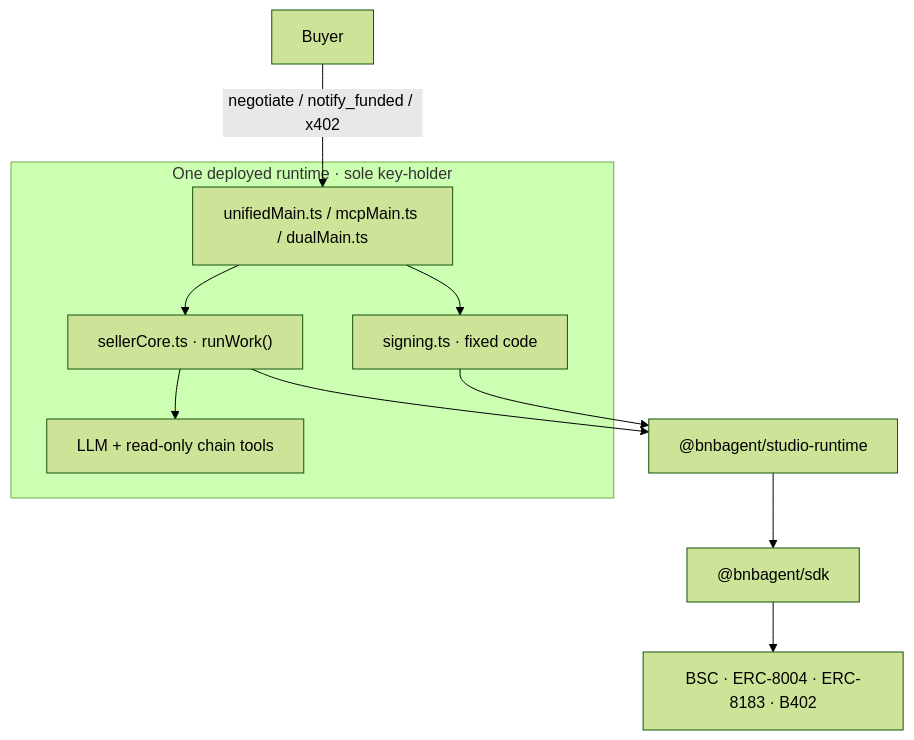
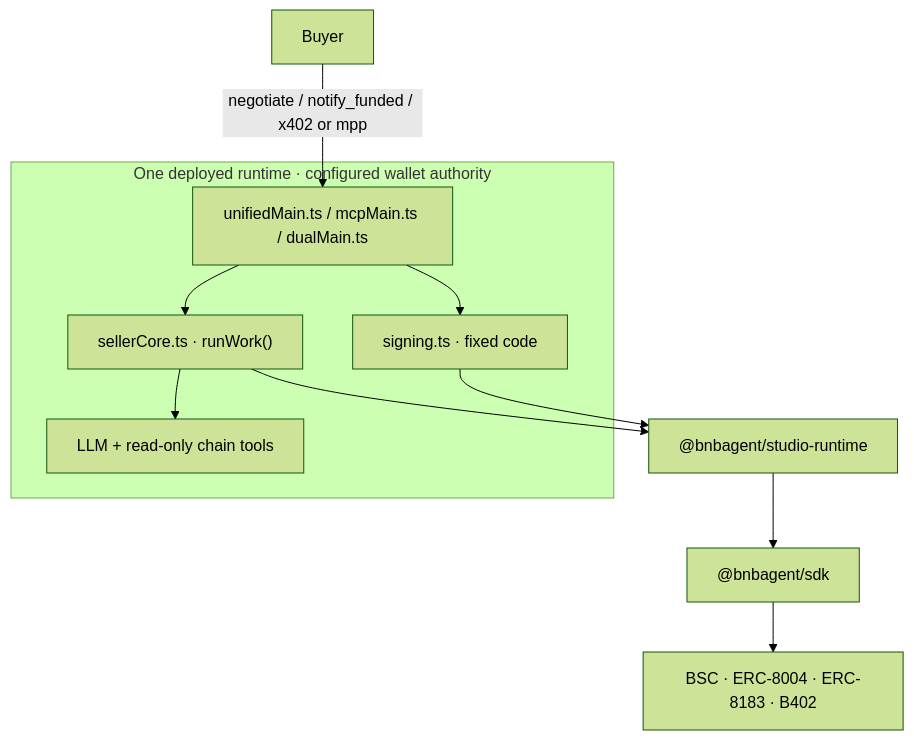
One commit to bnb-chain/bnb-chain.github.io changed the diagram in docs/developer-kit/bnbchain-studio/architecture.md. Above: the diagram before and after it, drawn with Mermaid (forest theme). The commit also changed other lines of this file and 9 other files, not shown here.

````diff
--- a/docs/developer-kit/bnbchain-studio/architecture.md
+++ b/docs/developer-kit/bnbchain-studio/architecture.md
@@ -24,22 +27,22 @@
 ```mermaid
 graph TB
     Buyer["Buyer"]
-    subgraph RT["One deployed runtime · sole key-holder"]
+    subgraph RT["One deployed runtime · configured wallet authority"]
         Face["unifiedMain.ts / mcpMain.ts / dualMain.ts"]
         Seller["sellerCore.ts · runWork()"]
         Sign["signing.ts · fixed code"]
         LLM["LLM + read-only chain tools"]
     end
     SDKL["@bnbagent/studio-runtime"]
     SDK["@bnbagent/sdk"]
     Chain["BSC · ERC-8004 · ERC-8183 · B402"]
 
-    Buyer -->|"negotiate / notify_funded / x402"| Face
+    Buyer -->|"negotiate / notify_funded / x402 or mpp"| Face
     Face --> Seller
     Seller --> LLM
     Face --> Sign
     Sign --> SDKL
     Seller --> SDKL
     SDKL --> SDK
     SDK --> Chain
 ```
````
